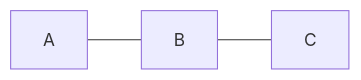
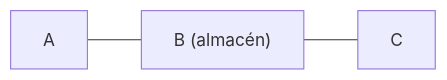
Before and after one commit to JessPCL/logistpulse-deber2-tc: the diagram in docs/fichas/c3.md, drawn with Mermaid. The commit also changed other lines of this file and 19 other files, not shown here.

````diff
--- a/docs/fichas/c3.md
+++ b/docs/fichas/c3.md
@@ -18,5 +16,5 @@
 ```mermaid
 flowchart LR
-    A["A"] --- B["B"]
-    B["B"] --- C["C"]
+    A["A"] --- B["B (almacén)"]
+    B --- C["C"]
 ```
````
